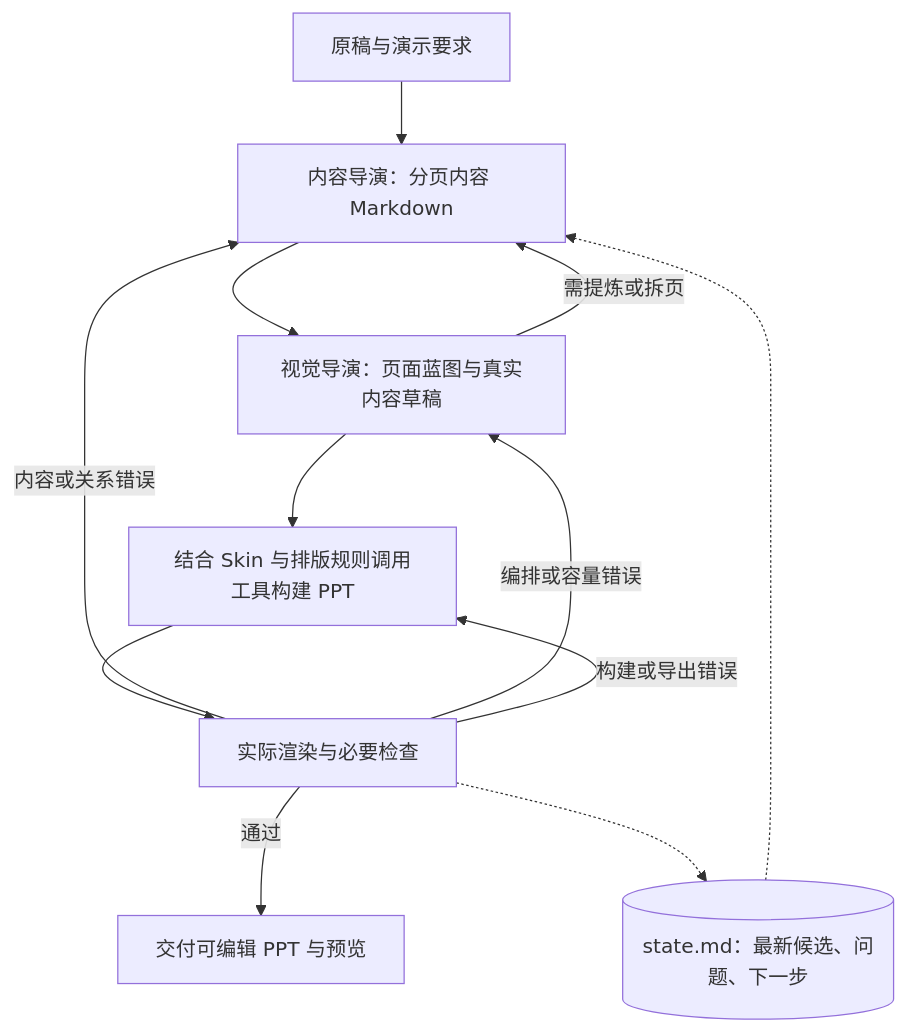
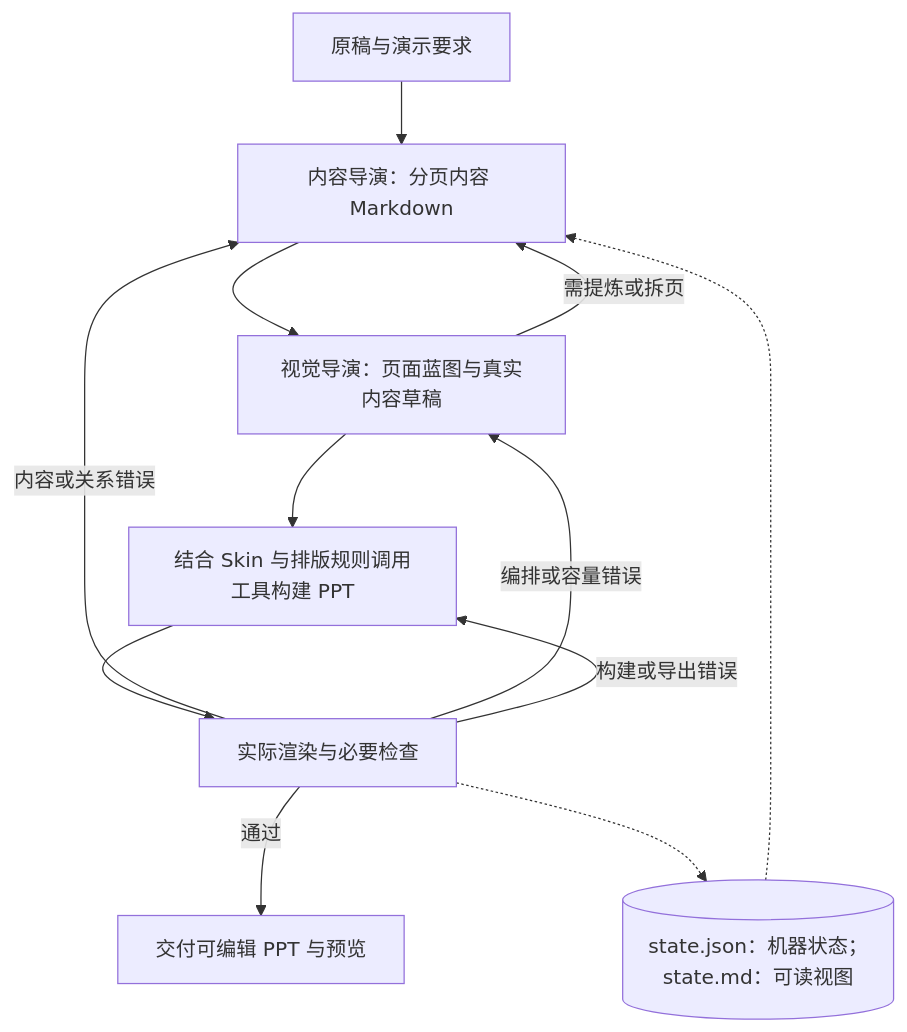
The diagram in harness/运行流程.md (NEUwpy/PPagenT), drawn with Mermaid before and after one commit. The commit also changed other lines of this file and 51 other files, not shown here.

````diff
--- a/harness/运行流程.md
+++ b/harness/运行流程.md
@@ -9,14 +22,14 @@
 ```mermaid
 flowchart TD
     I[原稿与演示要求] --> C[内容导演：分页内容 Markdown]
     C --> B[视觉导演：页面蓝图与真实内容草稿]
     B --> P[结合 Skin 与排版规则调用工具构建 PPT]
     P --> Q[实际渲染与必要检查]
     Q -->|内容或关系错误| C
     Q -->|编排或容量错误| B
     Q -->|构建或导出错误| P
     Q -->|通过| D[交付可编辑 PPT 与预览]
     B -->|需提炼或拆页| C
-    S[(state.md：最新候选、问题、下一步)] -.-> C
+    S[(state.json：机器状态；state.md：可读视图)] -.-> C
     Q -.-> S
 ```
````
